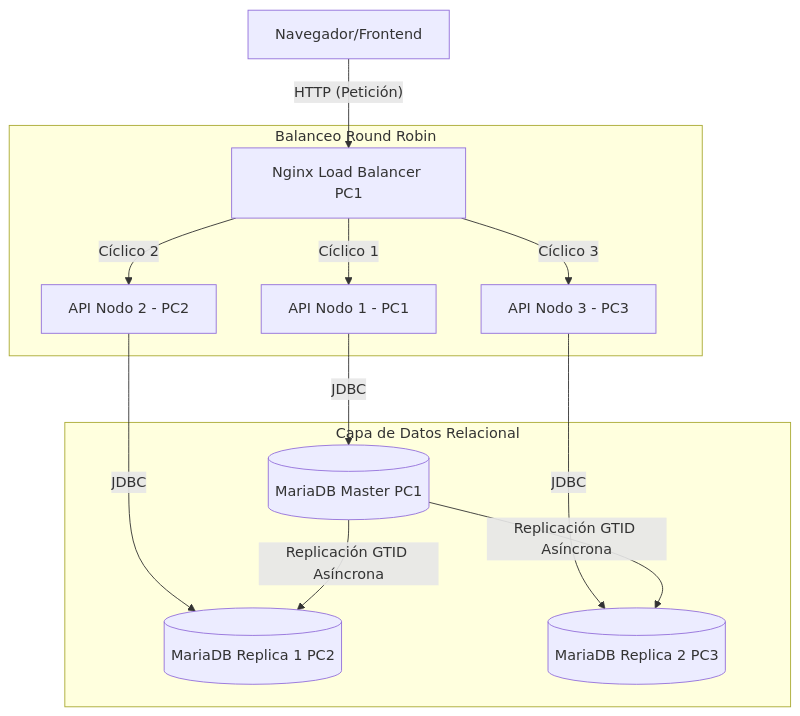
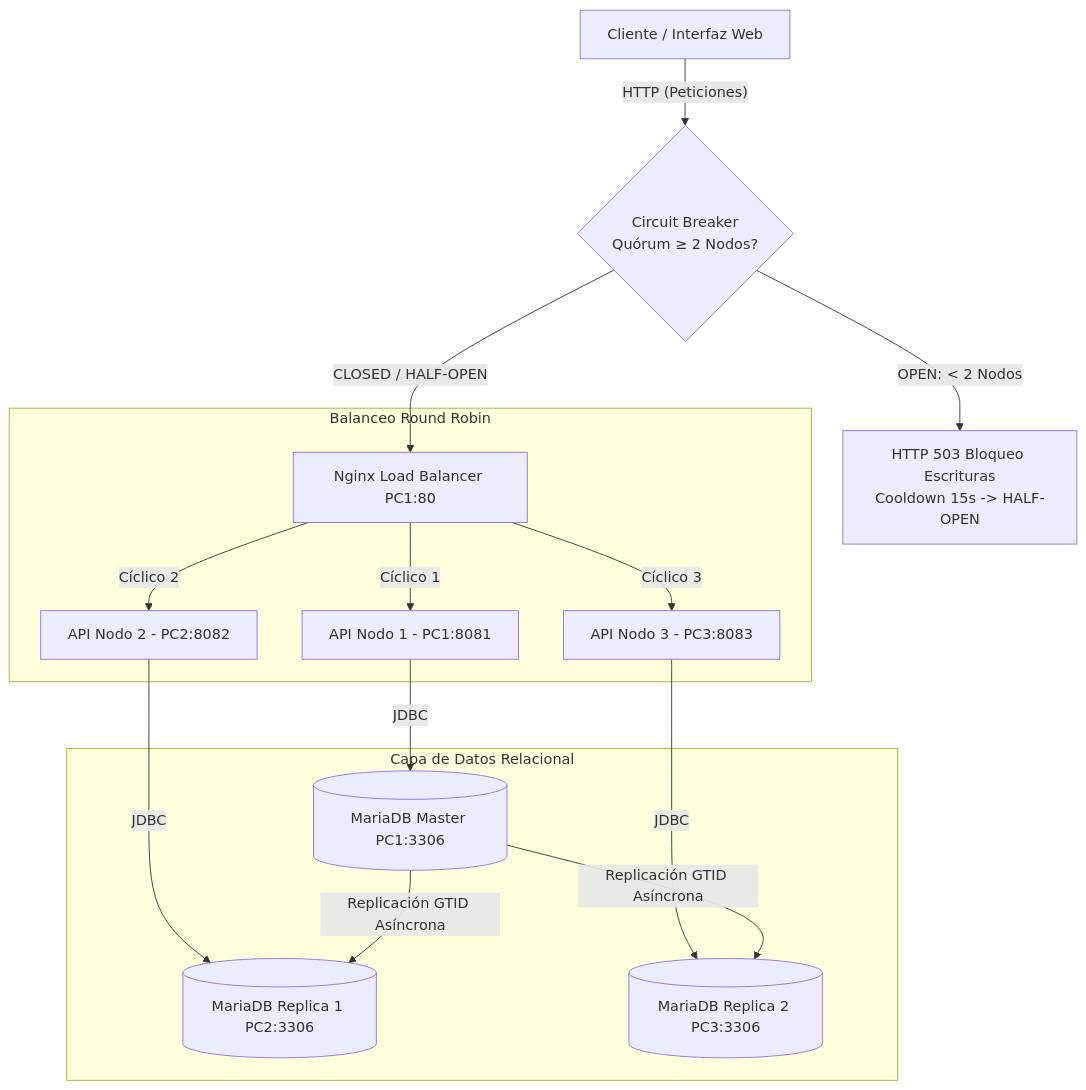
One commit to josuetrres/Distributed-MariaDB-Replication changed the diagram in guia.md. Above: the diagram before and after it, drawn with Mermaid. The commit also changed other lines of this file and 17 other files, not shown here.

````diff
--- a/guia.md
+++ b/guia.md
@@ -94,19 +101,22 @@
 ```mermaid
 flowchart TD
-    Cliente[Navegador/Frontend] -- HTTP (Petición) --> LB[Nginx Load Balancer PC1]
+    Cliente[Cliente / Interfaz Web] -- HTTP (Peticiones) --> CB_Gate{Circuit Breaker\nQuórum ≥ 2 Nodos?}
+    
+    CB_Gate -- OPEN: < 2 Nodos --> CB_Block[HTTP 503 Bloqueo Escrituras\nCooldown 15s -> HALF-OPEN]
+    CB_Gate -- CLOSED / HALF-OPEN --> LB[Nginx Load Balancer PC1:80]
     
     subgraph Balanceo Round Robin
-        LB -- Cíclico 1 --> API1[API Nodo 1 - PC1]
-        LB -- Cíclico 2 --> API2[API Nodo 2 - PC2]
-        LB -- Cíclico 3 --> API3[API Nodo 3 - PC3]
+        LB -- Cíclico 1 --> API1[API Nodo 1 - PC1:8081]
+        LB -- Cíclico 2 --> API2[API Nodo 2 - PC2:8082]
+        LB -- Cíclico 3 --> API3[API Nodo 3 - PC3:8083]
     end
 
     subgraph Capa de Datos Relacional
-        API1 -- JDBC --> DB_Master[(MariaDB Master PC1)]
-        API2 -- JDBC --> DB_Replica1[(MariaDB Replica 1 PC2)]
-        API3 -- JDBC --> DB_Replica2[(MariaDB Replica 2 PC3)]
+        API1 -- JDBC --> DB_Master[(MariaDB Master PC1:3306)]
+        API2 -- JDBC --> DB_Replica1[(MariaDB Replica 1 PC2:3306)]
+        API3 -- JDBC --> DB_Replica2[(MariaDB Replica 2 PC3:3306)]
         
         DB_Master -- Replicación GTID Asíncrona --> DB_Replica1
         DB_Master -- Replicación GTID Asíncrona --> DB_Replica2
     end
 ```
````
